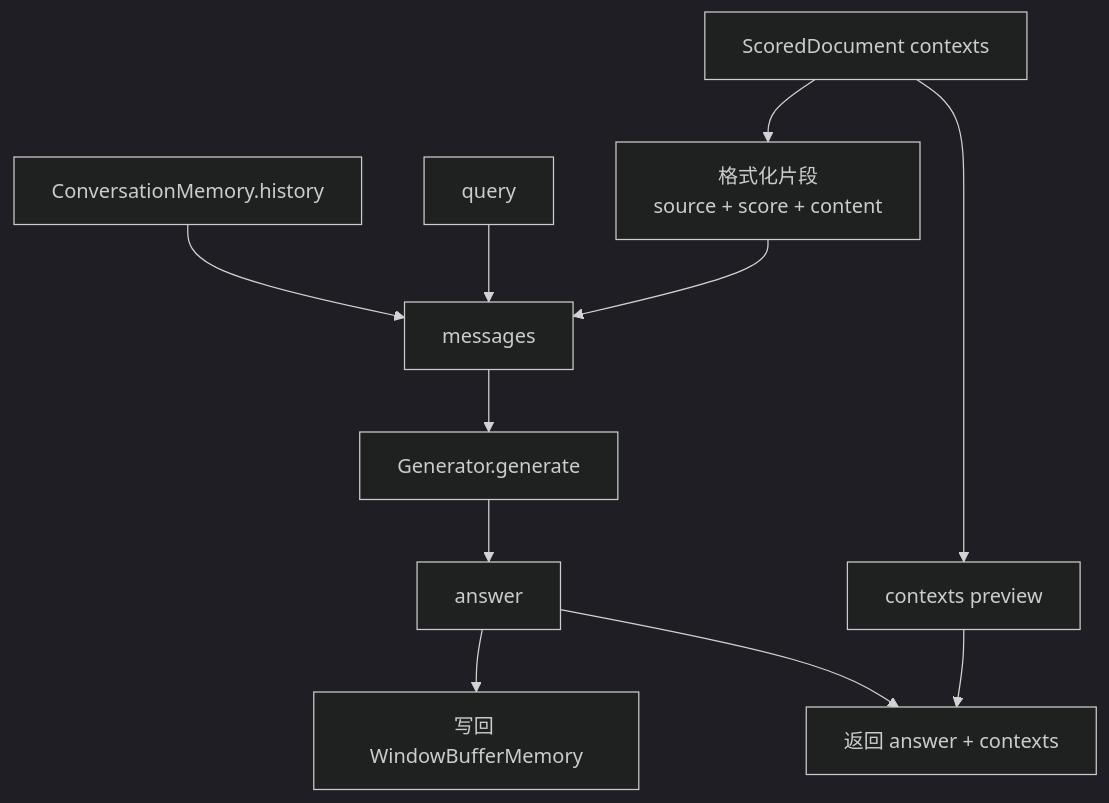
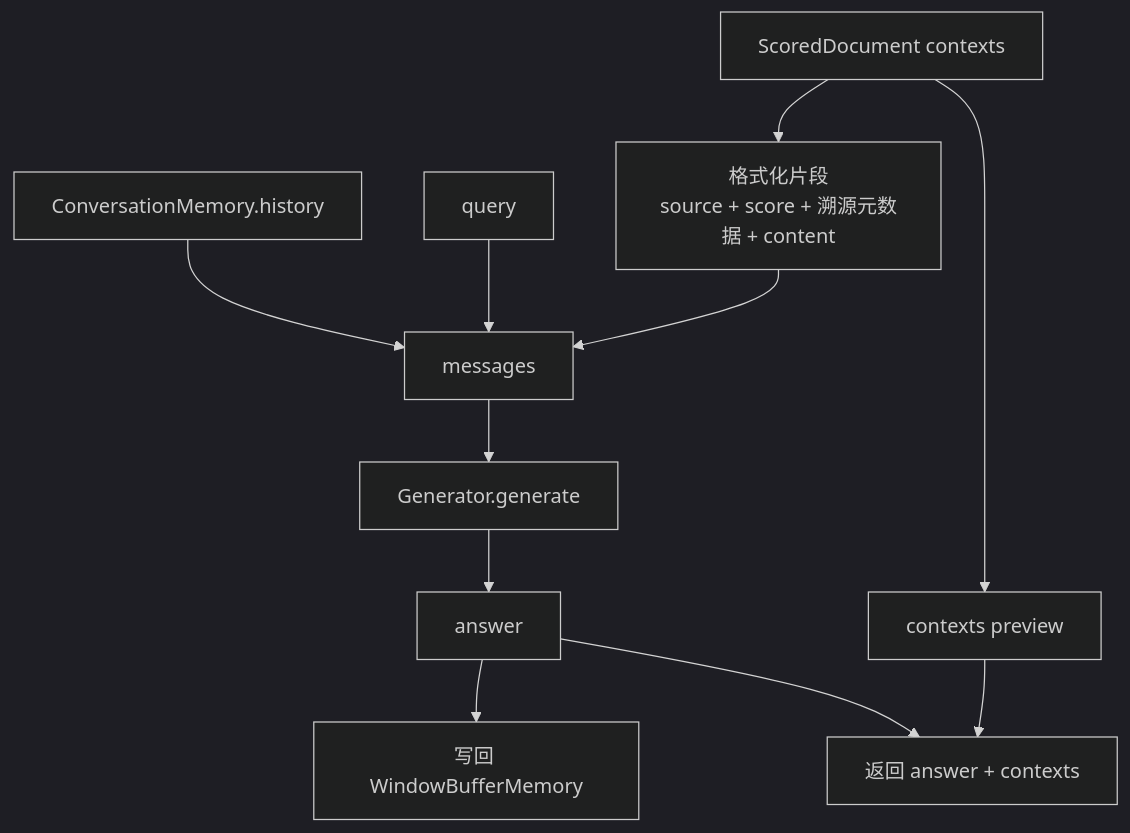
Before and after one commit to chaos-design/ragx: diagram 14 of 15 in docs/indexing-and-query-flow.md, drawn with Mermaid (dark theme). The commit also changed other lines of this file and 13 other files, not shown here.

````diff
--- a/docs/indexing-and-query-flow.md
+++ b/docs/indexing-and-query-flow.md
@@ -624,13 +628,13 @@
 ```mermaid
 flowchart TD
-    A[ScoredDocument contexts] --> B[格式化片段<br/>source + score + content]
+    A[ScoredDocument contexts] --> B[格式化片段<br/>source + score + 溯源元数据 + content]
     C[ConversationMemory.history] --> D[messages]
     E[query] --> D
     B --> D
     D --> F[Generator.generate]
     F --> G[answer]
     G --> H[写回 WindowBufferMemory]
     A --> I[contexts preview]
     G --> J[返回 answer + contexts]
     I --> J
 ```
````
